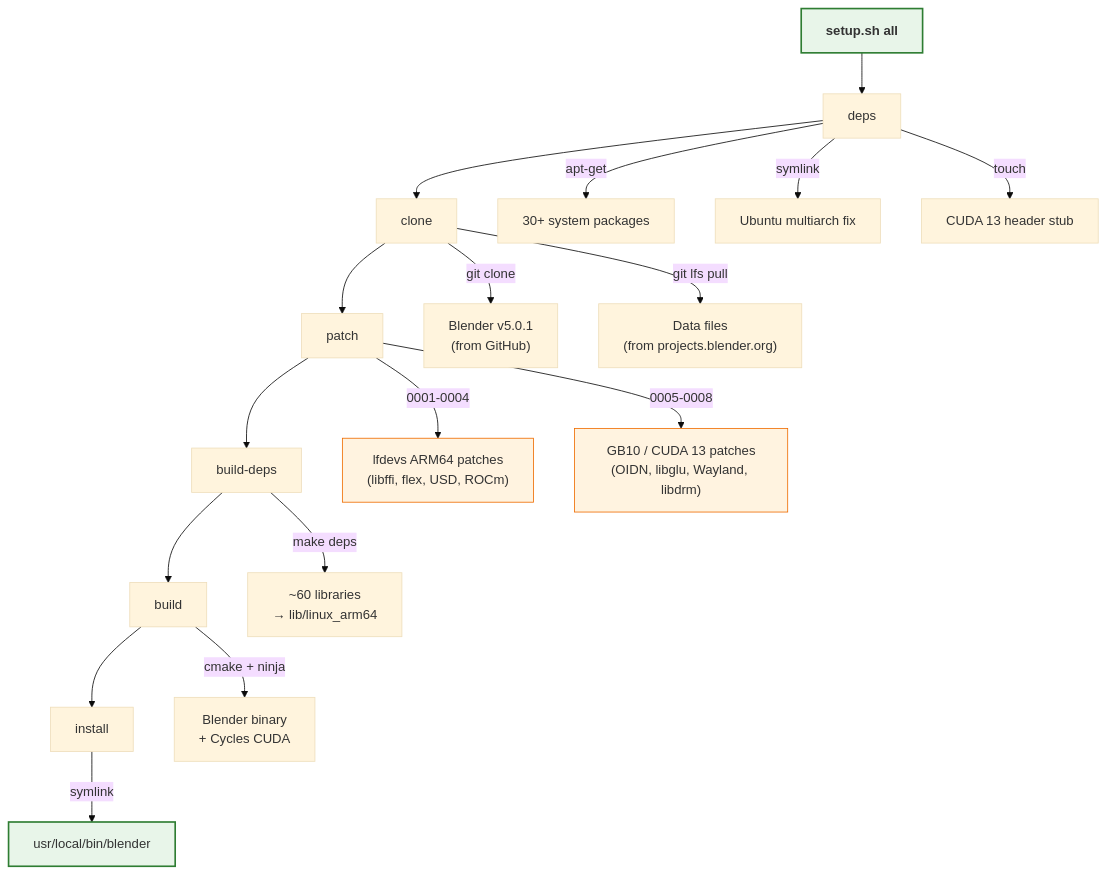
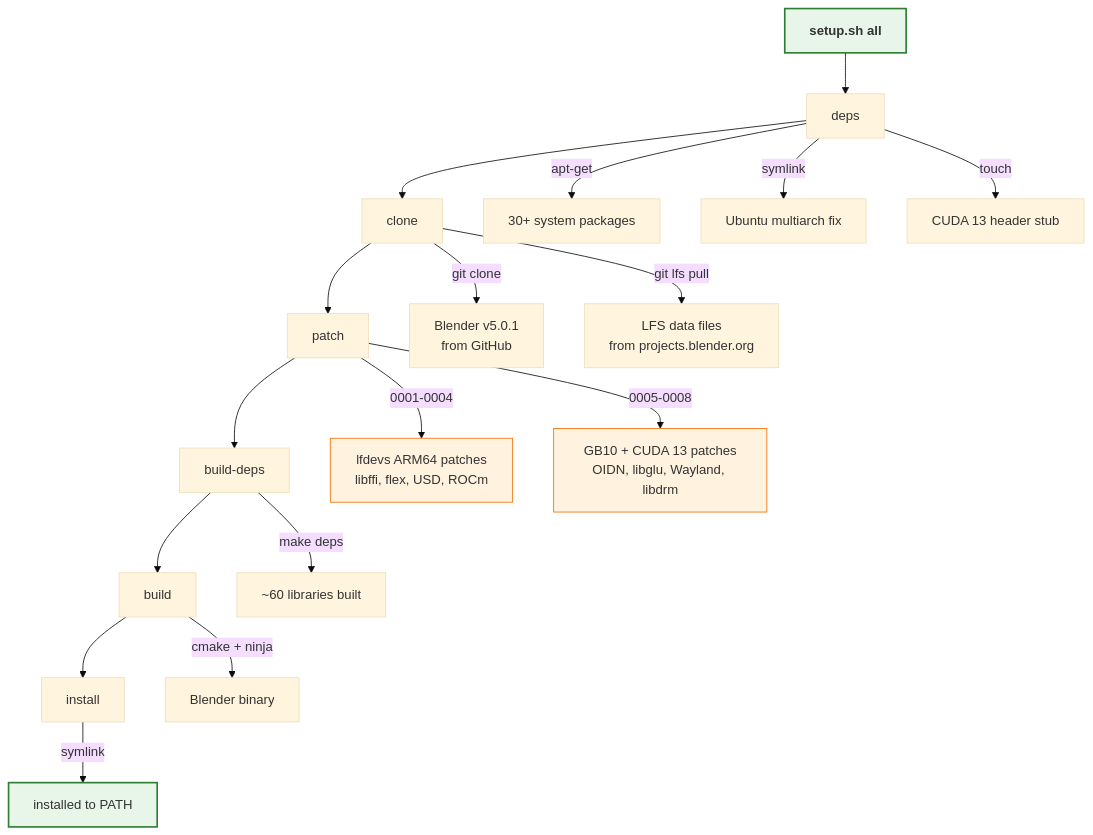
One commit to mvalancy/blender-nvidia-gb10 changed the first of 3 diagrams in README.md. Above: the diagram before and after it, drawn with Mermaid (base theme). The commit also changed other lines of this file, not shown here.

Commit message:
Fix mermaid: remove slashes from node labels

````diff
--- a/README.md
+++ b/README.md
@@ -52,30 +52,30 @@
 ```mermaid
 flowchart TD
     A["`**setup.sh all**`"] --> B[deps]
     B --> C[clone]
     C --> D[patch]
     D --> E[build-deps]
     E --> F[build]
     F --> G[install]
 
     B -->|apt-get| B1[30+ system packages]
     B -->|symlink| B2[Ubuntu multiarch fix]
     B -->|touch| B3[CUDA 13 header stub]
 
-    C -->|git clone| C1["Blender v5.0.1<br>(from GitHub)"]
-    C -->|git lfs pull| C2["Data files<br>(from projects.blender.org)"]
+    C -->|git clone| C1["Blender v5.0.1<br>from GitHub"]
+    C -->|git lfs pull| C2["LFS data files<br>from projects.blender.org"]
 
-    D -->|0001-0004| D1["lfdevs ARM64 patches<br>(libffi, flex, USD, ROCm)"]
-    D -->|0005-0008| D2["GB10 / CUDA 13 patches<br>(OIDN, libglu, Wayland, libdrm)"]
+    D -->|0001-0004| D1["lfdevs ARM64 patches<br>libffi, flex, USD, ROCm"]
+    D -->|0005-0008| D2["GB10 + CUDA 13 patches<br>OIDN, libglu, Wayland, libdrm"]
 
-    E -->|make deps| E1["~60 libraries<br>→ lib/linux_arm64"]
+    E -->|make deps| E1["~60 libraries built"]
 
-    F -->|cmake + ninja| F1["Blender binary<br>+ Cycles CUDA"]
+    F -->|cmake + ninja| F1["Blender binary"]
 
-    G -->|symlink| G1["usr/local/bin/blender"]
+    G -->|symlink| G1["installed to PATH"]
 
     style A fill:#e8f5e9,stroke:#2e7d32,stroke-width:2px
     style G1 fill:#e8f5e9,stroke:#2e7d32,stroke-width:2px
     style D1 fill:#fff3e0,stroke:#ef6c00
     style D2 fill:#fff3e0,stroke:#ef6c00
 ```
````
